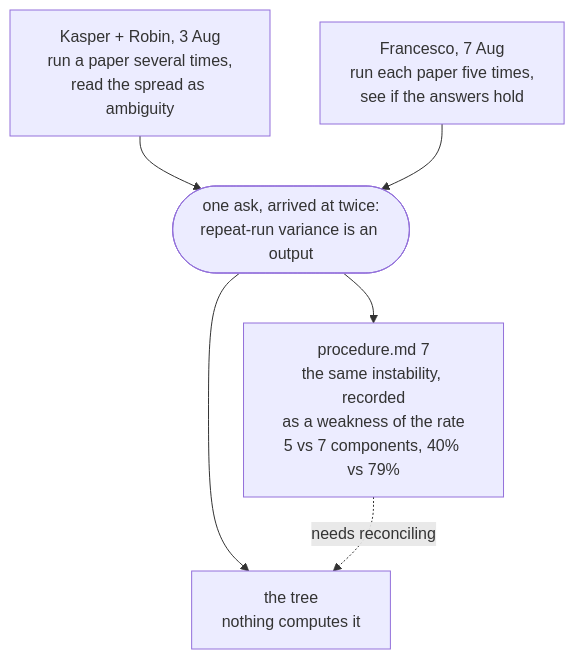
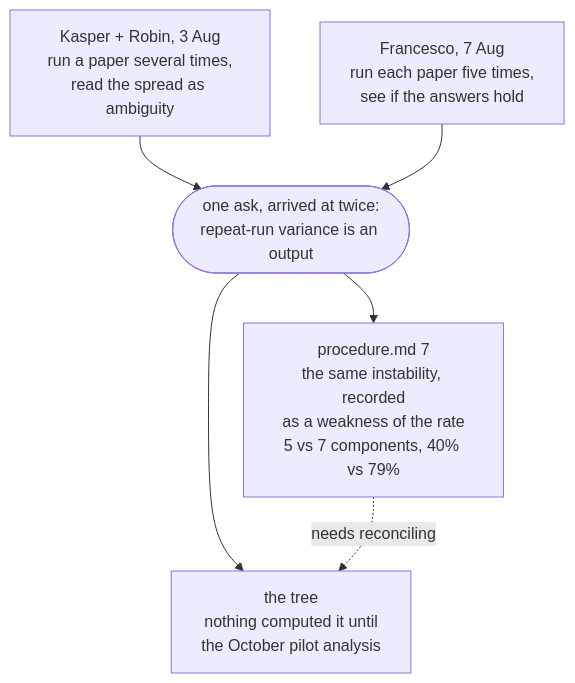
One commit to latere-ai/replichai changed the second of 12 diagrams in docs/consultations.md. Above: the diagram before and after it, drawn with Mermaid. The commit also changed other lines of this file, not shown here.

Commit message:
docs: consultations marks the claims the pilot contradicts

````diff
--- a/docs/consultations.md
+++ b/docs/consultations.md
@@ -70,11 +70,11 @@
 ```mermaid
 flowchart TB
     K["Kasper + Robin, 3 Aug<br/>run a paper several times,<br/>read the spread as ambiguity"]
     F["Francesco, 7 Aug<br/>run each paper five times,<br/>see if the answers hold"]
     V(["one ask, arrived at twice:<br/>repeat-run variance is an output"])
     K --> V
     F --> V
     V --> P["procedure.md 7<br/>the same instability, recorded<br/>as a weakness of the rate<br/>5 vs 7 components, 40% vs 79%"]
-    V --> G["the tree<br/>nothing computes it"]
+    V --> G["the tree<br/>nothing computed it until<br/>the October pilot analysis"]
     P -.->|"needs reconciling"| G
 ```
````
